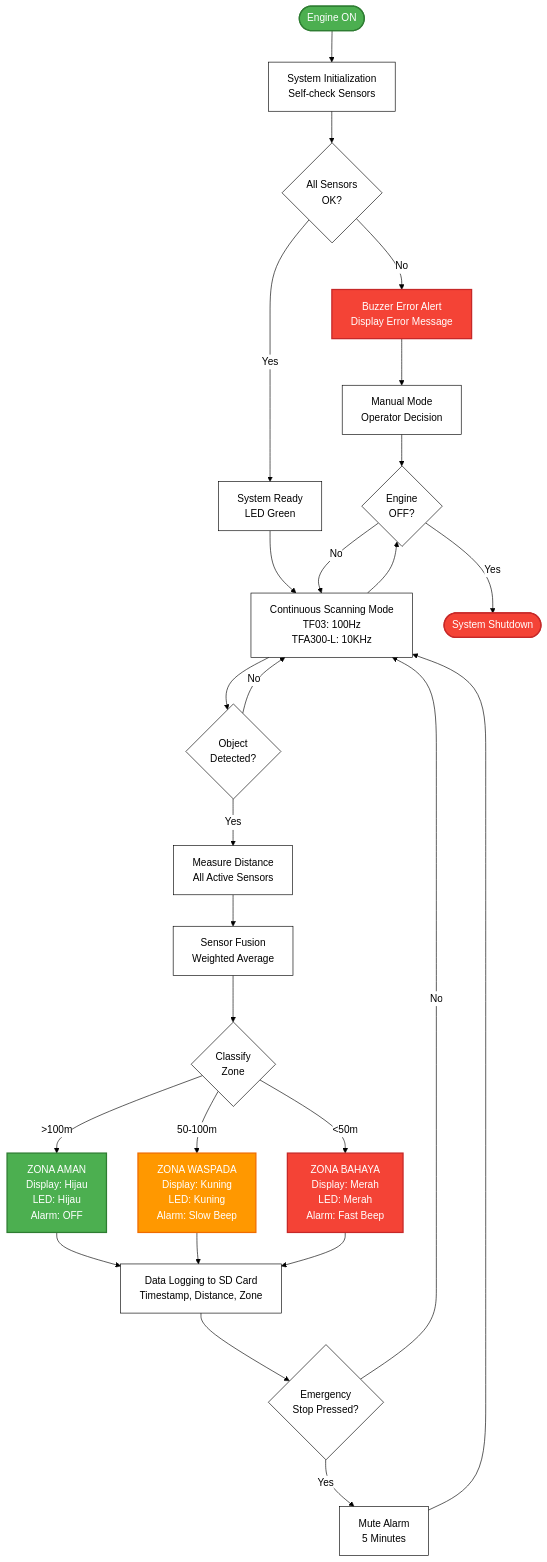
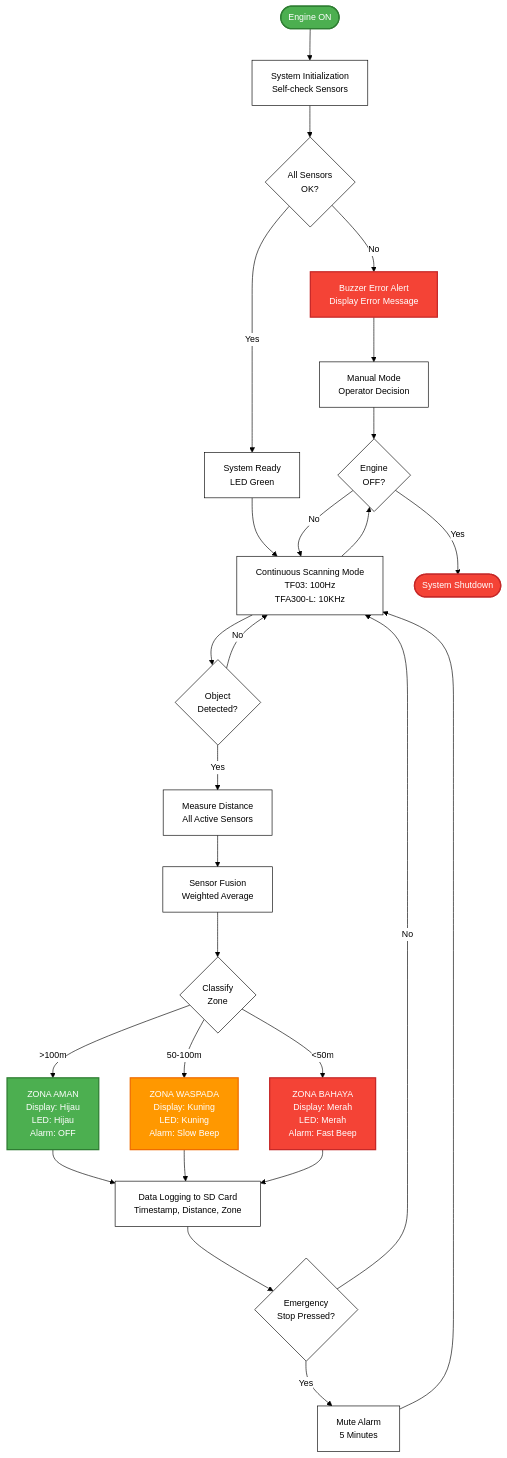
The third of 5 diagrams in 01_PROPOSAL_UTAMA_BESTARI_SAINTEK.md (antonprafanto/buros2025), drawn with Mermaid before and after one commit. The commit also changed other lines of this file, not shown here.

First line of the commit message:
Enhance Mermaid diagram theme with comprehensive white background

````diff
--- a/01_PROPOSAL_UTAMA_BESTARI_SAINTEK.md
+++ b/01_PROPOSAL_UTAMA_BESTARI_SAINTEK.md
@@ -323,67 +323,67 @@
 ```mermaid
-%%{init: {'theme':'base', 'themeVariables': { 'primaryColor':'#ffffff','primaryTextColor':'#000','primaryBorderColor':'#000','lineColor':'#000','secondaryColor':'#f5f5f5','tertiaryColor':'#ffffff','background':'#ffffff','mainBkg':'#ffffff','edgeLabelBackground':'#ffffff','nodeTextColor':'#000'}}}%%
+%%{init: {'theme':'base', 'themeVariables': { 'primaryColor':'#ffffff','primaryTextColor':'#000','primaryBorderColor':'#000','lineColor':'#000','secondaryColor':'#ffffff','tertiaryColor':'#ffffff','background':'#ffffff','mainBkg':'#ffffff','secondBkg':'#ffffff','edgeLabelBackground':'#ffffff','fontFamily':'arial','fontSize':'14px','textColor':'#000','nodeBorder':'#000','nodeTextColor':'#000','arrowheadColor':'#000'}}}%%
 flowchart TD
     START([Engine ON]) --> INIT["System Initialization
     Self-check Sensors"]
     INIT --> CHECK{"All Sensors
     OK?"}
     CHECK -->|No| ERROR["Buzzer Error Alert
     Display Error Message"]
     ERROR --> MANUAL["Manual Mode
     Operator Decision"]
     CHECK -->|Yes| READY["System Ready
     LED Green"]
 
     READY --> SCAN["Continuous Scanning Mode
     TF03: 100Hz
     TFA300-L: 10KHz"]
 
     SCAN --> DETECT{"Object
     Detected?"}
     DETECT -->|No| SCAN
     DETECT -->|Yes| MEASURE["Measure Distance
     All Active Sensors"]
 
     MEASURE --> FUSION["Sensor Fusion
     Weighted Average"]
     FUSION --> CLASSIFY{"Classify
     Zone"}
 
     CLASSIFY -->|">100m"| SAFE["ZONA AMAN
     Display: Hijau
     LED: Hijau
     Alarm: OFF"]
     CLASSIFY -->|"50-100m"| WARN["ZONA WASPADA
     Display: Kuning
     LED: Kuning
     Alarm: Slow Beep"]
     CLASSIFY -->|"<50m"| DANGER["ZONA BAHAYA
     Display: Merah
     LED: Merah
     Alarm: Fast Beep"]
 
     SAFE --> LOG["Data Logging to SD Card
     Timestamp, Distance, Zone"]
     WARN --> LOG
     DANGER --> LOG
 
     LOG --> ESTOP{"Emergency
     Stop Pressed?"}
     ESTOP -->|Yes| MUTE["Mute Alarm
     5 Minutes"]
     MUTE --> SCAN
     ESTOP -->|No| SCAN
 
     MANUAL --> SHUTDOWN{"Engine
     OFF?"}
     SCAN --> SHUTDOWN
     SHUTDOWN -->|Yes| END([System Shutdown])
     SHUTDOWN -->|No| SCAN
 
     style START fill:#4caf50,color:#fff,stroke:#2e7d32,stroke-width:2px
     style END fill:#f44336,color:#fff,stroke:#c62828,stroke-width:2px
     style SAFE fill:#4caf50,color:#fff,stroke:#2e7d32,stroke-width:2px
     style WARN fill:#ff9800,color:#fff,stroke:#ef6c00,stroke-width:2px
     style DANGER fill:#f44336,color:#fff,stroke:#c62828,stroke-width:2px
     style ERROR fill:#f44336,color:#fff,stroke:#c62828,stroke-width:2px
 ```
````
